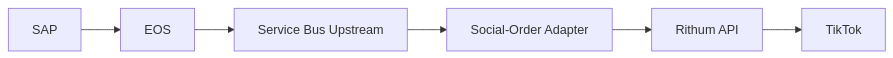
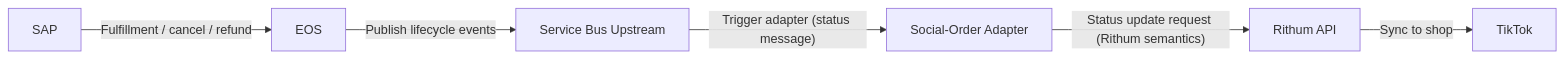
One commit to alienfacepalm/columbia-social-order-use-case changed the seventh of 11 diagrams in presentation.md. Above: the diagram before and after it, drawn with Mermaid. The commit also changed other lines of this file and 10 other files, not shown here.

First line of the commit message:
Speaker timer, layout, and diagram fixes

````diff
--- a/presentation.md
+++ b/presentation.md
@@ -268,8 +266,8 @@
 ```mermaid
 flowchart LR
-    SAP["SAP"] --> EOS["EOS"]
-    EOS --> SB["Service Bus Upstream"]
-    SB --> FA["Social-Order Adapter"]
-    FA --> RAPI["Rithum API"]
-    RAPI --> TT["TikTok"]
+    SAP["SAP"] -->|"Fulfillment / cancel / refund"| EOS["EOS"]
+    EOS -->|"Publish lifecycle events"| SB["Service Bus Upstream"]
+    SB -->|"Trigger adapter (status message)"| FA["Social-Order Adapter"]
+    FA -->|"Status update request (Rithum semantics)"| RAPI["Rithum API"]
+    RAPI -->|"Sync to shop"| TT["TikTok"]
 ```
````
